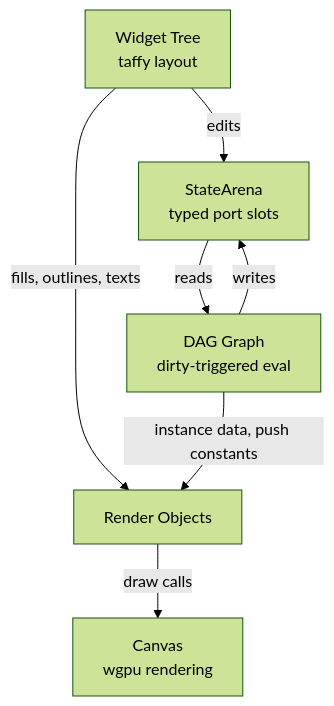
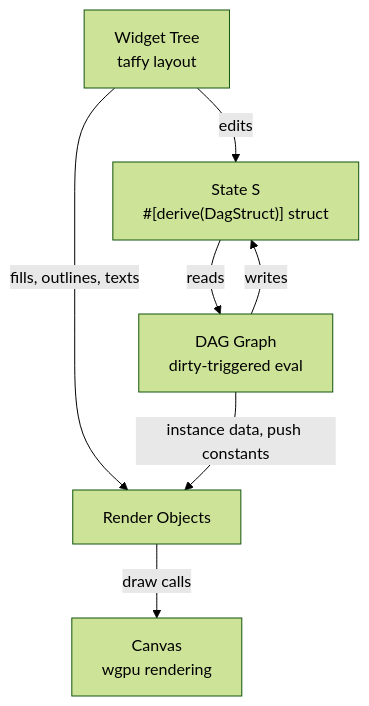
The diagram in README.md (windwhiterain/shame-gui), drawn with Mermaid (forest theme) before and after one commit. The commit also changed other lines of this file and 38 other files, not shown here.

````diff
--- a/README.md
+++ b/README.md
@@ -65,9 +65,9 @@
 ```mermaid
 flowchart TD
-    Widgets["Widget Tree<BR>taffy layout"] -->|edits| Arena["StateArena<BR>typed port slots"]
-    Arena -->|reads| DAG["DAG Graph<BR>dirty-triggered eval"]
-    DAG -->|writes| Arena
+    Widgets["Widget Tree<BR>taffy layout"] -->|edits| State["State S<BR>#[derive(DagStruct)] struct"]
+    State -->|reads| DAG["DAG Graph<BR>dirty-triggered eval"]
+    DAG -->|writes| State
     Widgets -->|fills, outlines, texts| Render[Render Objects]
     DAG -->|instance data, push constants| Render
     Render -->|draw calls| Canvas["Canvas<BR>wgpu rendering"]
 ```
````
